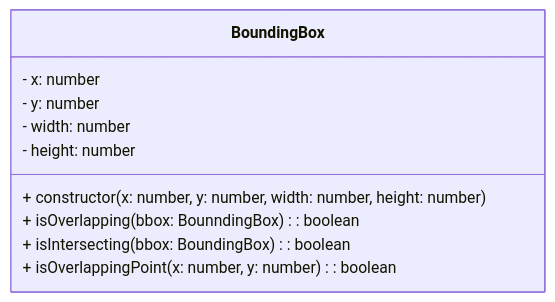
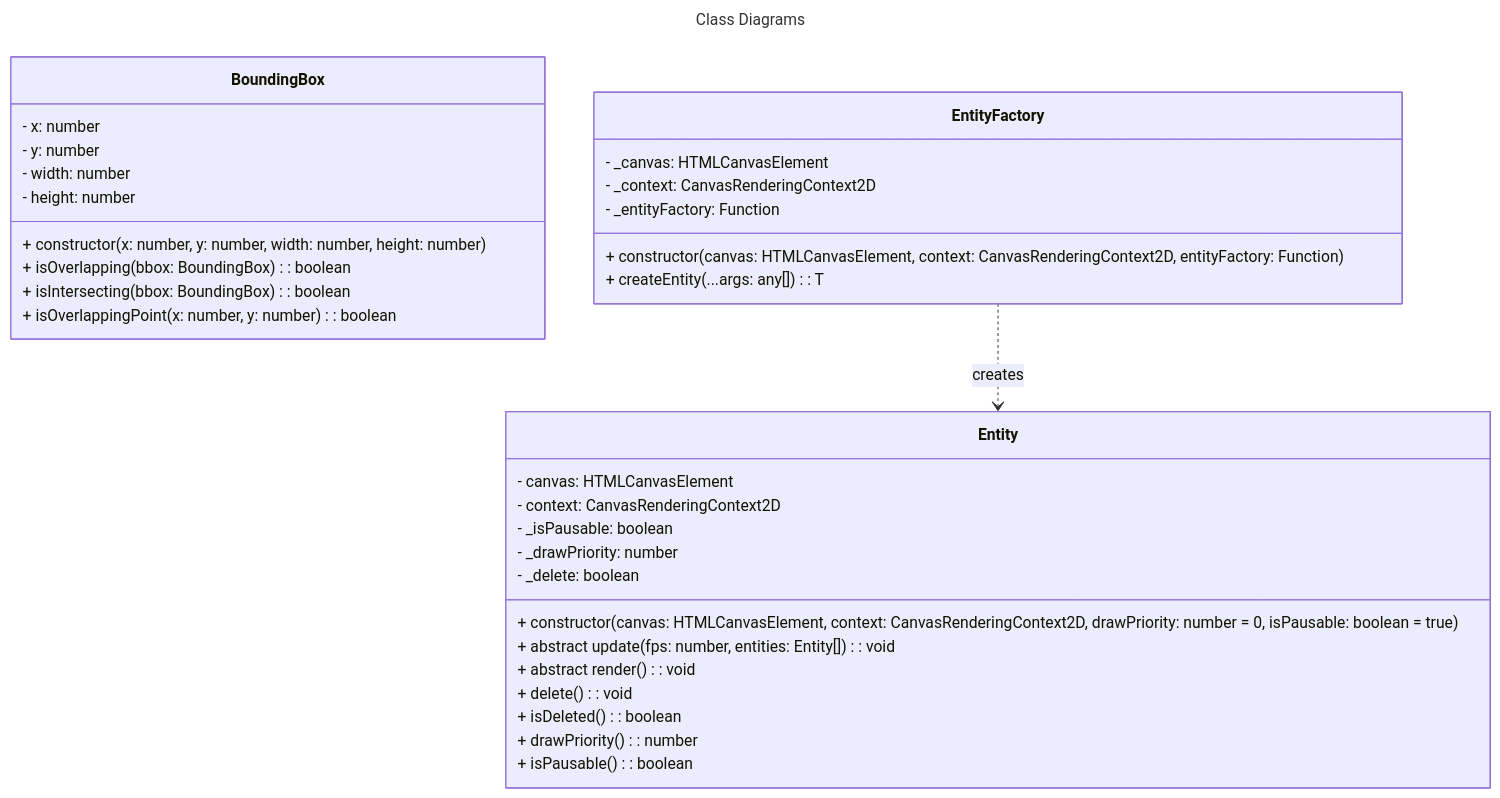
Before and after one commit to salindersidhu/BugTap: the diagram in src/engine/README.md, drawn with Mermaid. The commit also changed other lines of this file, not shown here.

Commit message:
Updated engine README

````diff
--- a/src/engine/README.md
+++ b/src/engine/README.md
@@ -5,13 +3,41 @@
 ```mermaid
+---
+title: Class Diagrams
+---
 classDiagram
     class BoundingBox {
         - x: number
         - y: number
         - width: number
         - height: number
         + constructor(x: number, y: number, width: number, height: number)
-        + isOverlapping(bbox: BounndingBox): boolean
+        + isOverlapping(bbox: BoundingBox): boolean
         + isIntersecting(bbox: BoundingBox): boolean
         + isOverlappingPoint(x: number, y: number): boolean
     }
+
+    class Entity {
+        - canvas: HTMLCanvasElement
+        - context: CanvasRenderingContext2D
+        - _isPausable: boolean
+        - _drawPriority: number
+        - _delete: boolean
+        + constructor(canvas: HTMLCanvasElement, context: CanvasRenderingContext2D, drawPriority: number = 0, isPausable: boolean = true)
+        + abstract update(fps: number, entities: Entity[]): void
+        + abstract render(): void
+        + delete(): void
+        + isDeleted(): boolean
+        + drawPriority(): number
+        + isPausable(): boolean
+    }
+
+    class EntityFactory {
+        - _canvas: HTMLCanvasElement
+        - _context: CanvasRenderingContext2D
+        - _entityFactory: Function
+        + constructor(canvas: HTMLCanvasElement, context: CanvasRenderingContext2D, entityFactory: Function)
+        + createEntity(...args: any[]): T
+    }
+
+    EntityFactory ..> Entity : creates
 ```
````
